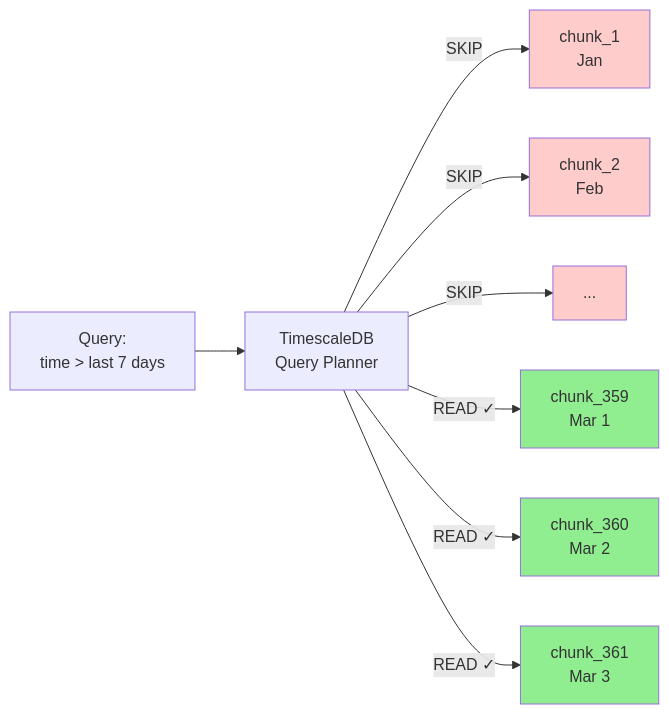
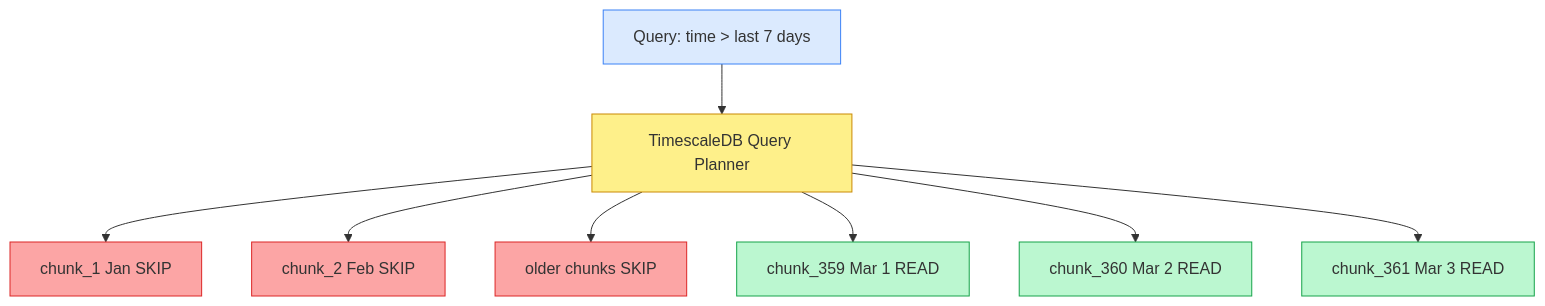
The second of 8 diagrams in DB/TimeScaleDb.md (mjameer/RareLearning), drawn with Mermaid before and after one commit. The commit also changed other lines of this file, not shown here.

````diff
--- a/DB/TimeScaleDb.md
+++ b/DB/TimeScaleDb.md
@@ -145,17 +152,28 @@
 ```mermaid
-graph LR
-    Q["Query:\ntime > last 7 days"] --> TS["TimescaleDB\nQuery Planner"]
-    TS -->|"SKIP"| C1["chunk_1\nJan"]
-    TS -->|"SKIP"| C2["chunk_2\nFeb"]
-    TS -->|"SKIP"| C3["..."]
-    TS -->|"READ ✓"| C4["chunk_359\nMar 1"]
-    TS -->|"READ ✓"| C5["chunk_360\nMar 2"]
-    TS -->|"READ ✓"| C6["chunk_361\nMar 3"]
+graph TD
+    Q["Query: time > last 7 days"]
+    P["TimescaleDB Query Planner"]
+    S1["chunk_1  Jan   SKIP"]
+    S2["chunk_2  Feb   SKIP"]
+    S3["older chunks   SKIP"]
+    R1["chunk_359  Mar 1   READ"]
+    R2["chunk_360  Mar 2   READ"]
+    R3["chunk_361  Mar 3   READ"]
 
-    style C1 fill:#ffcccc
-    style C2 fill:#ffcccc
-    style C3 fill:#ffcccc
-    style C4 fill:#90EE90
-    style C5 fill:#90EE90
-    style C6 fill:#90EE90
+    Q --> P
+    P --> S1
+    P --> S2
+    P --> S3
+    P --> R1
+    P --> R2
+    P --> R3
+
+    style Q fill:#dbeafe,stroke:#3b82f6
+    style P fill:#fef08a,stroke:#ca8a04
+    style S1 fill:#fca5a5,stroke:#dc2626
+    style S2 fill:#fca5a5,stroke:#dc2626
+    style S3 fill:#fca5a5,stroke:#dc2626
+    style R1 fill:#bbf7d0,stroke:#16a34a
+    style R2 fill:#bbf7d0,stroke:#16a34a
+    style R3 fill:#bbf7d0,stroke:#16a34a
 ```
````
